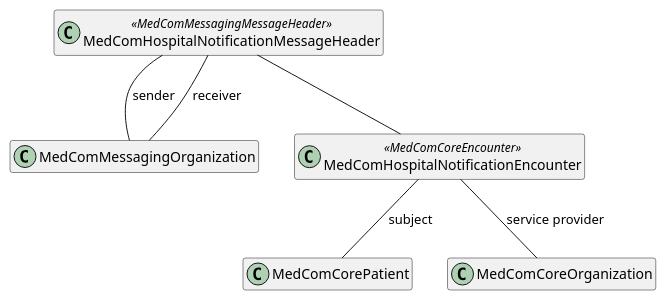
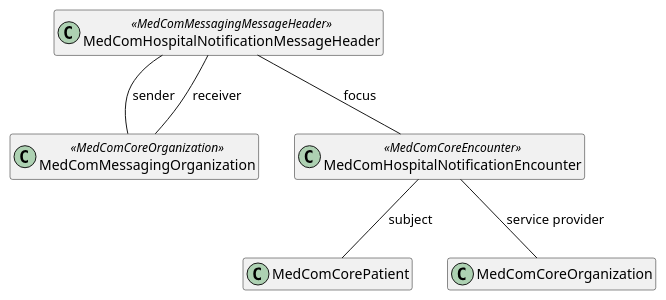
One commit to medcomdk/dk-medcom changed the diagram in puml/HospitalNotificationMessageHeader.puml. Above: the diagram before and after it, drawn with PlantUML. The commit also changed 19 other files, not shown here.

First line of the commit message:
Updated all UML figures

```diff
--- a/puml/HospitalNotificationMessageHeader.puml
+++ b/puml/HospitalNotificationMessageHeader.puml
@@ -1,21 +1,21 @@
 @startuml HospitalNotificationMessageHeader
 
 hide empty members
 
 
 class "MedComHospitalNotificationMessageHeader" as messageHeader <<MedComMessagingMessageHeader>>
-class "MedComMessagingOrganization" as organization
+class "MedComMessagingOrganization" as organization <<MedComCoreOrganization>>
 class "MedComCorePatient" as patient
 class "MedComHospitalNotificationEncounter" as encounter <<MedComCoreEncounter>>
 class "MedComCoreOrganization" as serviceProvider
 
 
-messageHeader -- encounter
+messageHeader -- encounter : "focus"
 encounter -- patient : "subject"
 encounter -- serviceProvider : "service provider"
 
 
 messageHeader -- organization : "sender"
 messageHeader -- organization : "receiver"
 
 @enduml
```
